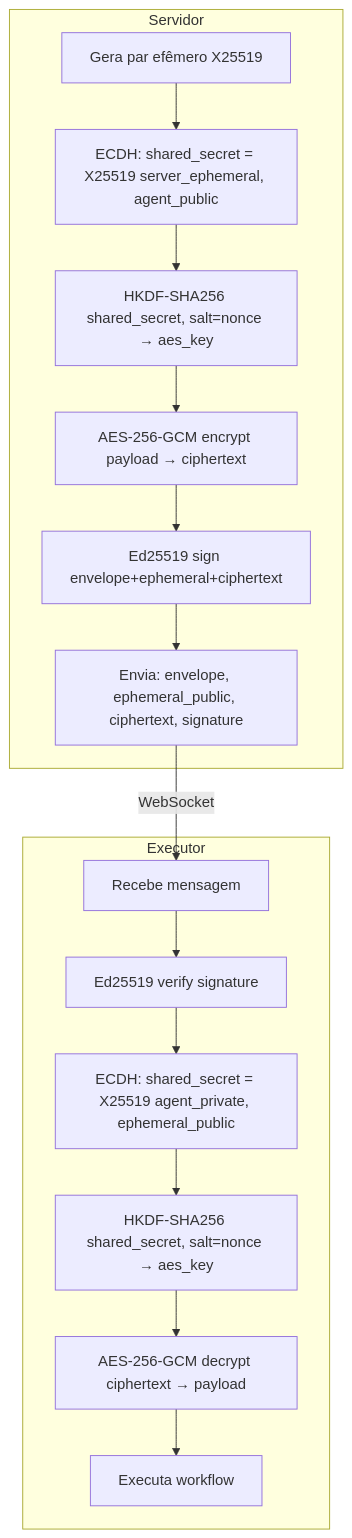
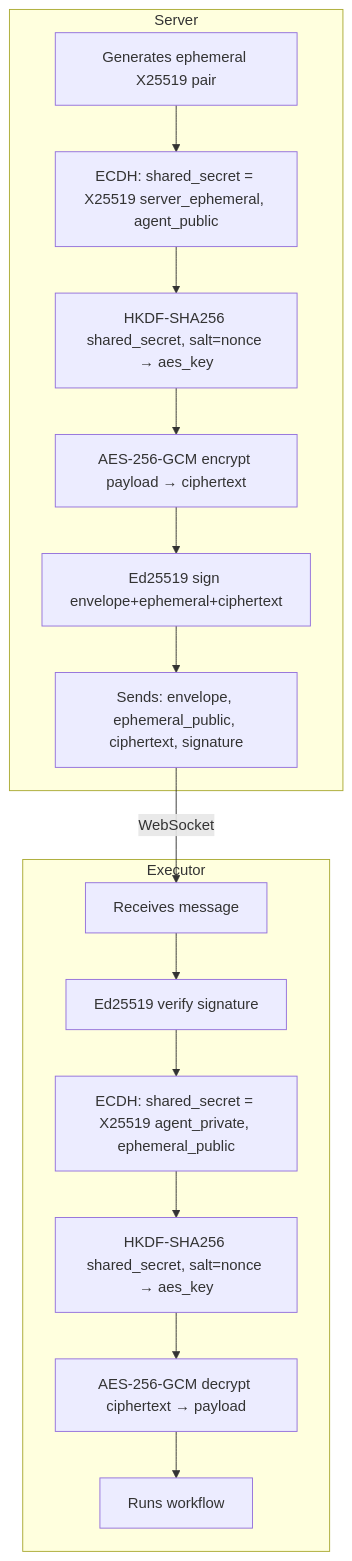
Before and after one commit to jlanio/atlans: the second of 2 diagrams in executor/README.md, drawn with Mermaid. The commit also changed other lines of this file and 41 other files, not shown here.

````diff
--- a/executor/README.md
+++ b/executor/README.md
@@ -613,20 +613,20 @@
 ```mermaid
 graph TD
-    subgraph Servidor
-        A[Gera par efêmero X25519] --> B[ECDH: shared_secret = X25519 server_ephemeral, agent_public]
+    subgraph Servidor [Server]
+        A[Generates ephemeral X25519 pair] --> B[ECDH: shared_secret = X25519 server_ephemeral, agent_public]
         B --> C[HKDF-SHA256 shared_secret, salt=nonce → aes_key]
         C --> D[AES-256-GCM encrypt payload → ciphertext]
         D --> E[Ed25519 sign envelope+ephemeral+ciphertext]
-        E --> F[Envia: envelope, ephemeral_public, ciphertext, signature]
+        E --> F[Sends: envelope, ephemeral_public, ciphertext, signature]
     end
 
     subgraph Executor
-        G[Recebe mensagem] --> H[Ed25519 verify signature]
+        G[Receives message] --> H[Ed25519 verify signature]
         H --> I[ECDH: shared_secret = X25519 agent_private, ephemeral_public]
         I --> J[HKDF-SHA256 shared_secret, salt=nonce → aes_key]
         J --> K[AES-256-GCM decrypt ciphertext → payload]
-        K --> L[Executa workflow]
+        K --> L[Runs workflow]
     end
 
     F -->|WebSocket| G
 ```
````
